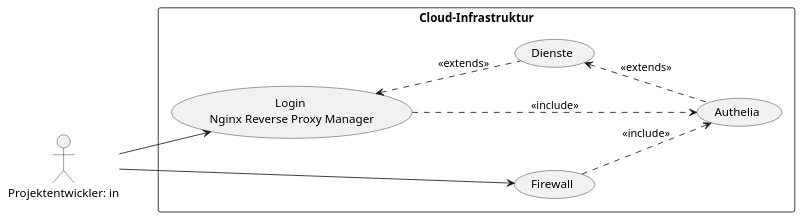
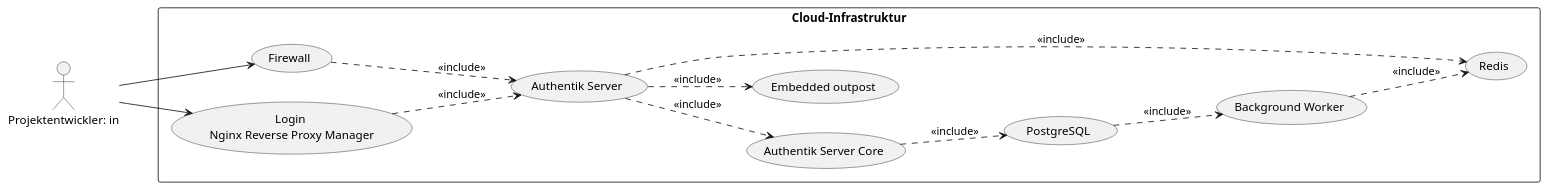
One commit to nymeria216/PA_FISI changed the diagram in PlantUML/BeispielDiagramm.puml. Above: the diagram before and after it, drawn with PlantUML. The commit also changed 7 other files, not shown here.

Commit message:
NEW START: Authelia to Authentik

```diff
--- a/PlantUML/BeispielDiagramm.puml
+++ b/PlantUML/BeispielDiagramm.puml
@@ -1,14 +1,22 @@
 @startuml
 left to right direction
 actor "Projektentwickler: in" as fc
 rectangle Cloud-Infrastruktur {
-  usecase "Firewall" as UC1
-  usecase "Login \nNginx Reverse Proxy Manager" as UC2
-  UC1 ..> (Authelia) : <<include>>
-  UC2 ..> (Authelia) : <<include>>
-  UC2 <.. (Dienste) : <<extends>>
-  (Dienste) <.. (Authelia) : <<extends>>
+  usecase "Authentik Server" as UC1
+  usecase "Firewall" as UC2
+  usecase "Login \nNginx Reverse Proxy Manager" as UC3
+  UC1 ..> (Authentik Server Core) : <<include>>
+  UC1 ..> (Embedded outpost) : <<include>>
+  (Authentik Server Core) ..> (PostgreSQL) : <<include>>
+  UC1 ..> (Redis) : <<include>>
+  (PostgreSQL) ..> (Background Worker) : <<include>>
+  (Background Worker) ..> (Redis) : <<include>>
+  UC2 ..> UC1 : <<include>>
+  UC3 ..> UC1 : <<include>>
+  
+ 
+
 }
-fc --> UC1
 fc --> UC2
+fc --> UC3
 @enduml
```
